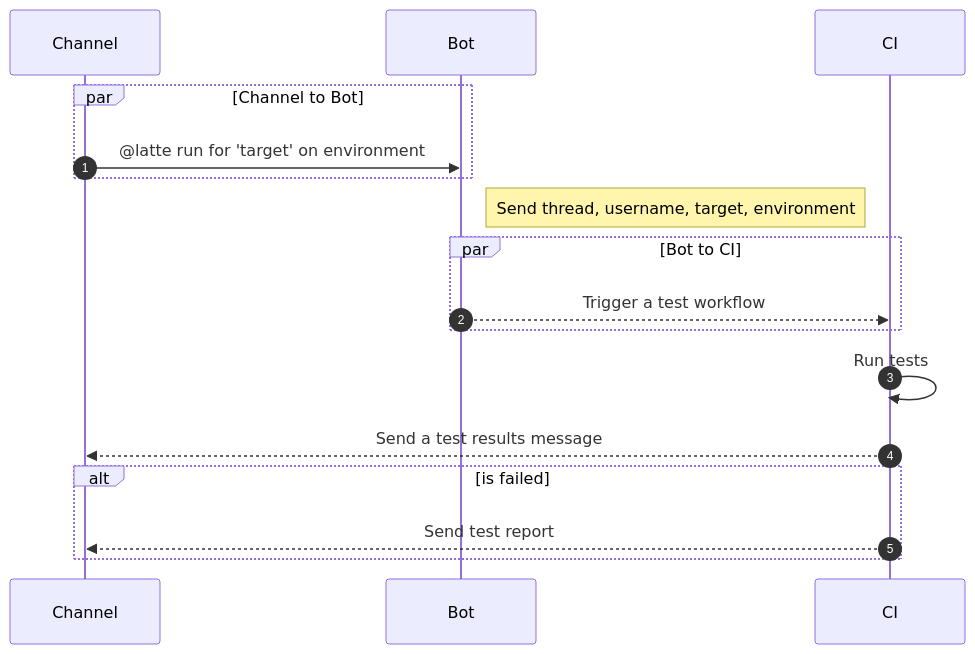
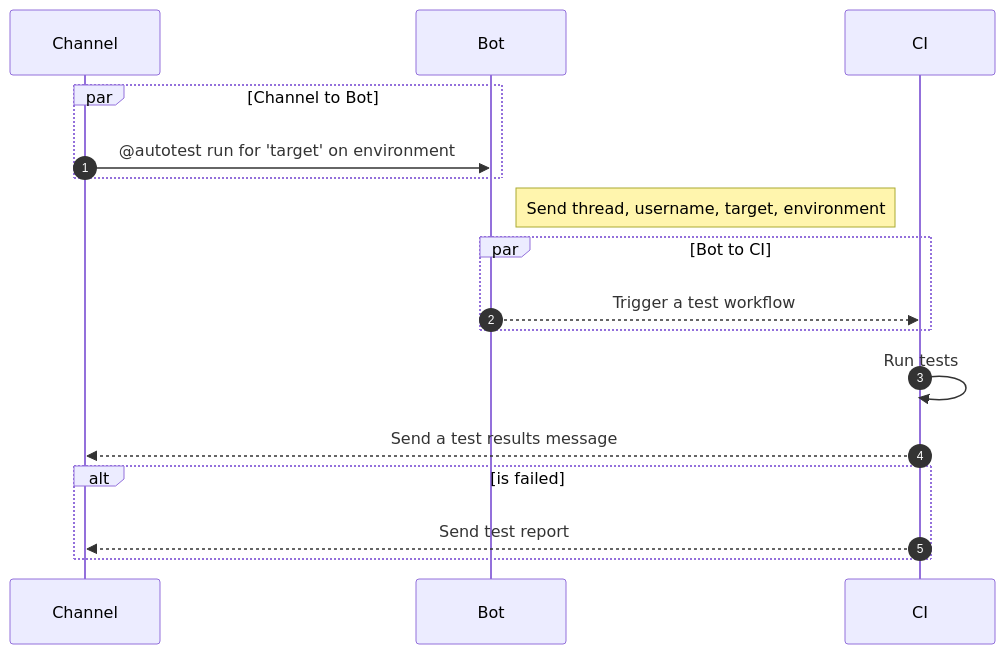
One commit to bgtestlab/slack-app-test changed the diagram in README.md. Above: the diagram before and after it, drawn with Mermaid.

````diff
--- a/README.md
+++ b/README.md
@@ -3,16 +3,16 @@
 ```mermaid
 sequenceDiagram
     autonumber
     par Channel to Bot
-        Channel->>Bot: @latte run for 'target' on environment
+        Channel->>Bot: @autotest run for 'target' on environment
     end
     Note right of Bot: Send thread, username, target, environment
     par Bot to CI
     Bot-->>CI: Trigger a test workflow
     end
     CI->>CI: Run tests
     CI-->>Channel: Send a test results message
     alt is failed
         CI-->>Channel: Send test report
     end   
 ```
````
